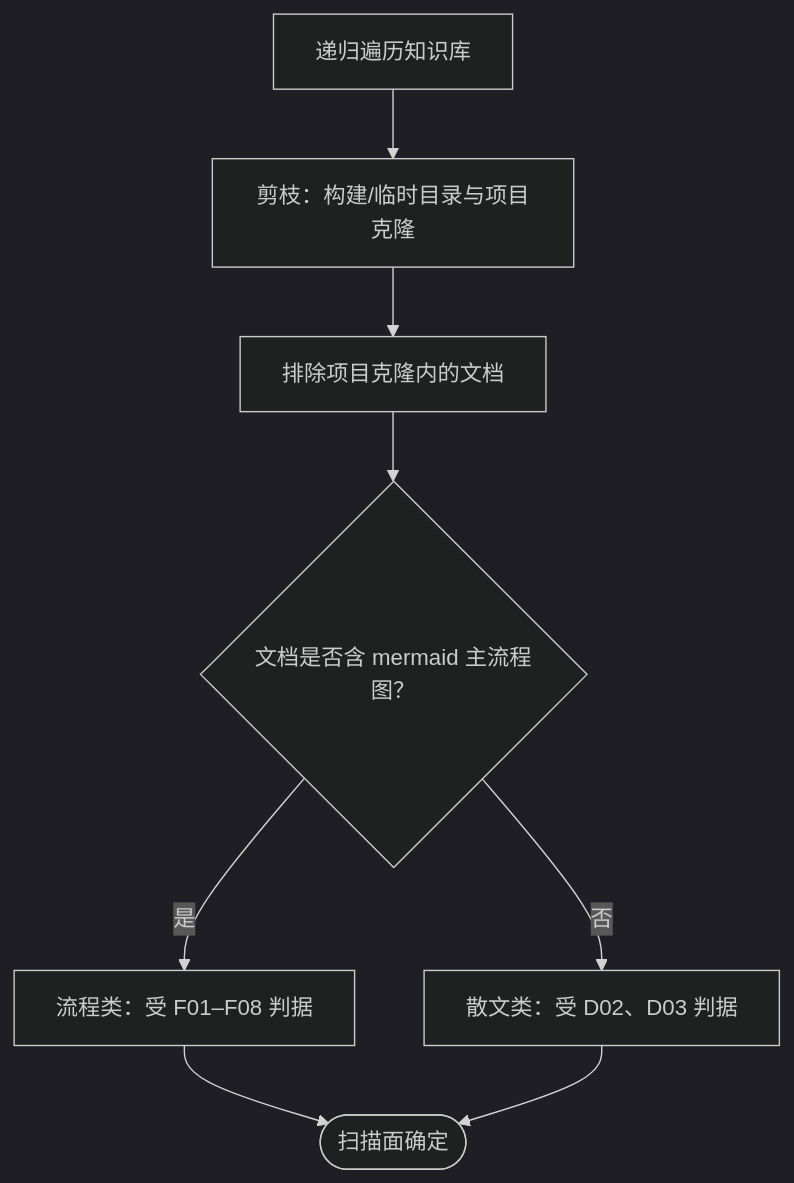
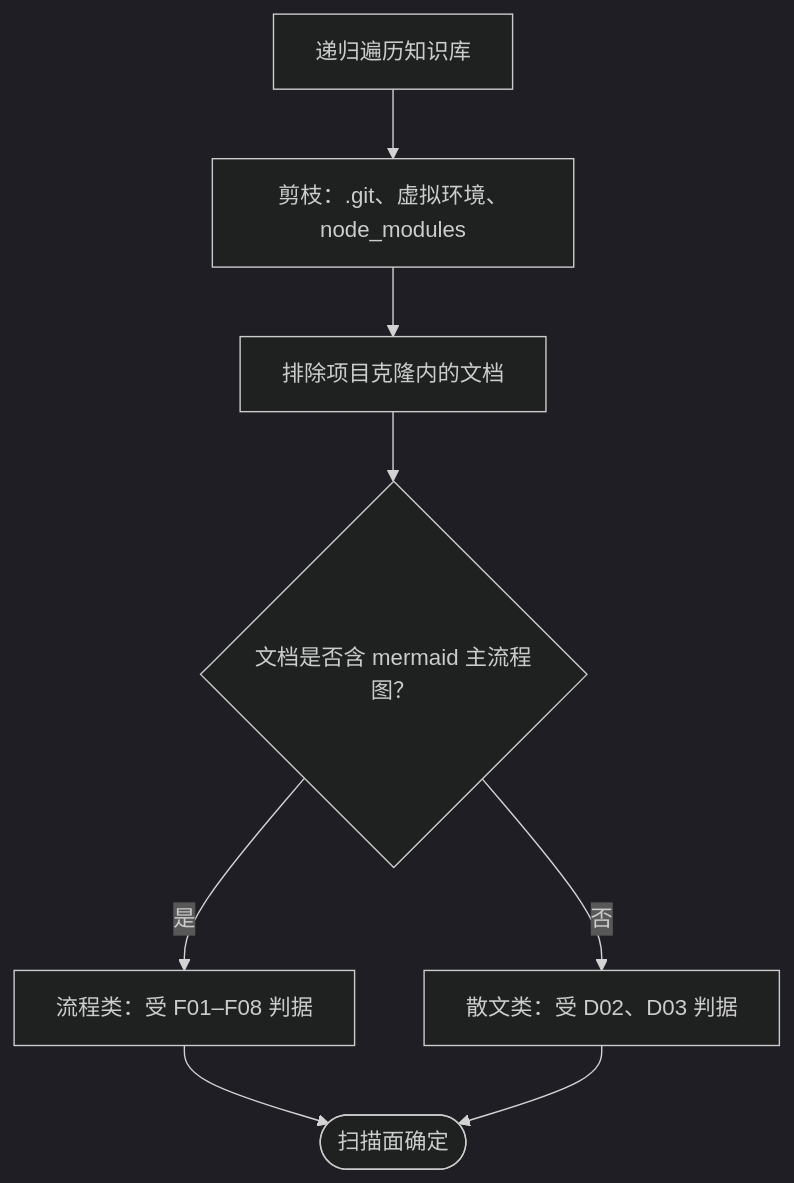
One commit to yunjies/knowledge-base changed the second of 6 diagrams in _lint/README.md. Above: the diagram before and after it, drawn with Mermaid (dark theme). The commit also changed other lines of this file and 45 other files, not shown here.

````diff
--- a/_lint/README.md
+++ b/_lint/README.md
@@ -49,17 +49,17 @@
 ```mermaid
 flowchart TB
   DISC_WALK["递归遍历知识库"]
-  DISC_PRUNE["剪枝：构建/临时目录与项目克隆"]
+  DISC_PRUNE["剪枝：.git、虚拟环境、node_modules"]
   DISC_SCOPE["排除项目克隆内的文档"]
   DISC_SPLIT{"文档是否含 mermaid 主流程图？"}
   DISC_FLOW["流程类：受 F01–F08 判据"]
   DISC_PROSE["散文类：受 D02、D03 判据"]
   DISC_DONE(["扫描面确定"])
   DISC_WALK --> DISC_PRUNE
   DISC_PRUNE --> DISC_SCOPE
   DISC_SCOPE --> DISC_SPLIT
   DISC_SPLIT -->|"是"| DISC_FLOW
   DISC_SPLIT -->|"否"| DISC_PROSE
   DISC_FLOW --> DISC_DONE
   DISC_PROSE --> DISC_DONE
 ```
````
